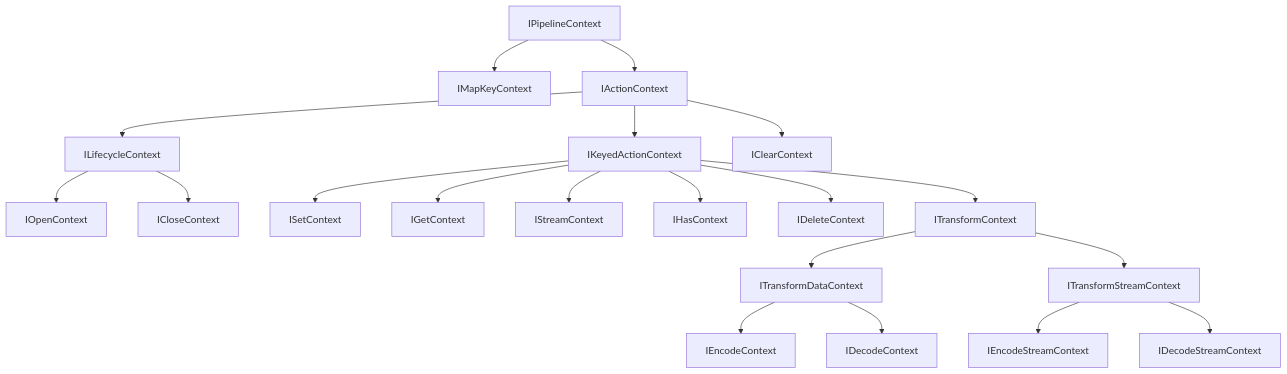
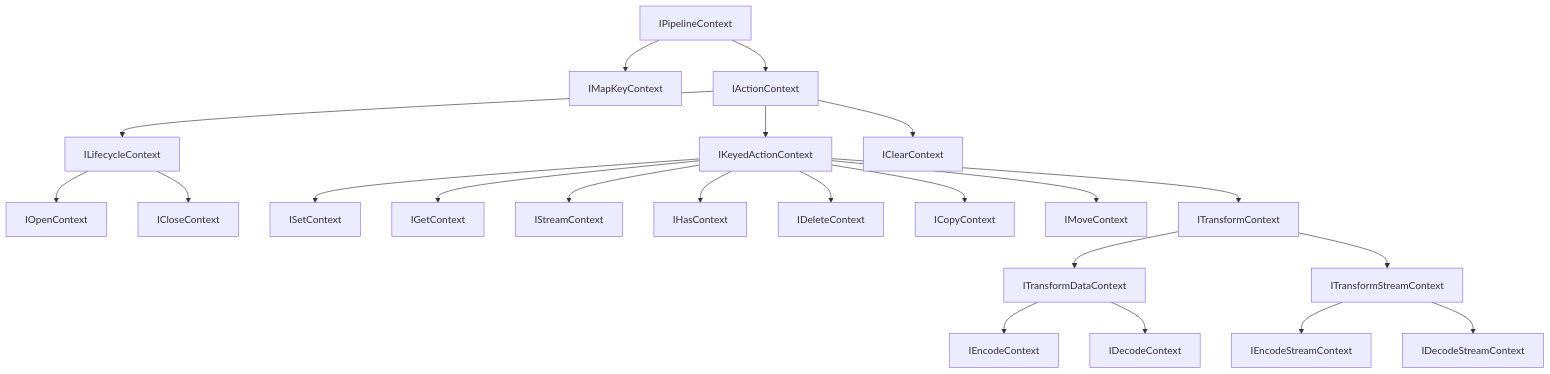
The diagram in website/docs/en/packages/(shared)/core/pipeline-context.mdx (tai-kun/unikvs), drawn with Mermaid before and after one commit. The commit also changed other lines of this file and 21 other files, not shown here.

````diff
--- a/website/docs/en/packages/(shared)/core/pipeline-context.mdx
+++ b/website/docs/en/packages/(shared)/core/pipeline-context.mdx
@@ -63,22 +63,24 @@
 ```mermaid
 flowchart TB
   A[IPipelineContext] --> B[IMapKeyContext]
   A --> C[IActionContext]
   C --> D[ILifecycleContext]
   C --> E[IKeyedActionContext]
   D --> F[IOpenContext]
   D --> G[ICloseContext]
   E --> H[ISetContext]
   E --> I[IGetContext]
   E --> J[IStreamContext]
   E --> K[IHasContext]
   E --> L[IDeleteContext]
+  E --> U[ICopyContext]
+  E --> V[IMoveContext]
   C --> M[IClearContext]
   E --> N[ITransformContext]
   N --> O[ITransformDataContext]
   N --> P[ITransformStreamContext]
   O --> Q[IEncodeContext]
   O --> R[IDecodeContext]
   P --> S[IEncodeStreamContext]
   P --> T[IDecodeStreamContext]
 ```
````
